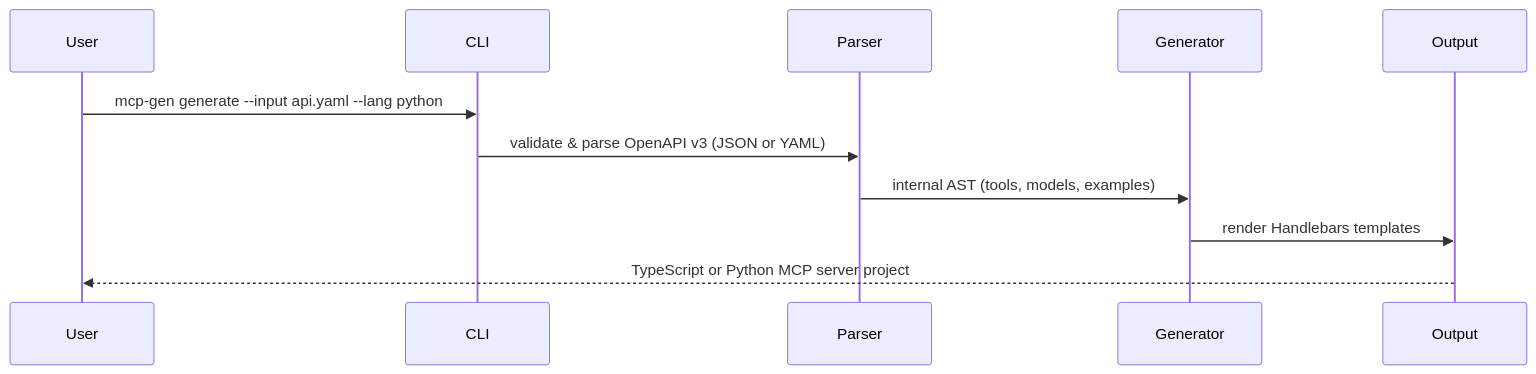
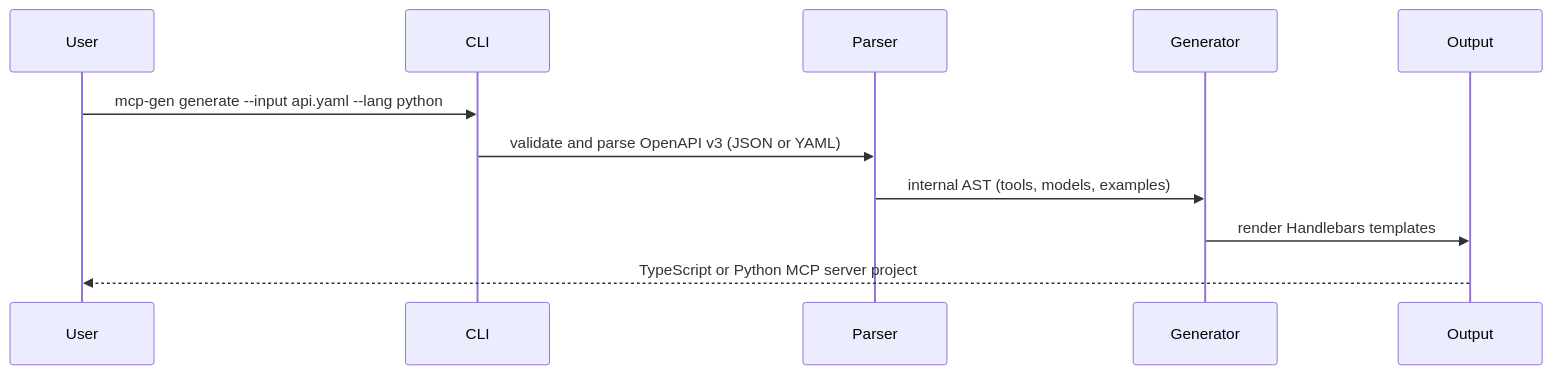
The diagram in README.md (ChristopherDond/MCP-Generator), drawn with Mermaid before and after one commit. The commit also changed other lines of this file and 1 other file, not shown here.

````diff
--- a/README.md
+++ b/README.md
@@ -63,14 +34,14 @@
 ```mermaid
 sequenceDiagram
     participant User
     participant CLI
     participant Parser
     participant Generator
     participant Output
 
     User->>CLI: mcp-gen generate --input api.yaml --lang python
-    CLI->>Parser: validate & parse OpenAPI v3 (JSON or YAML)
+    CLI->>Parser: validate and parse OpenAPI v3 (JSON or YAML)
     Parser->>Generator: internal AST (tools, models, examples)
     Generator->>Output: render Handlebars templates
     Output-->>User: TypeScript or Python MCP server project
 ```
````
